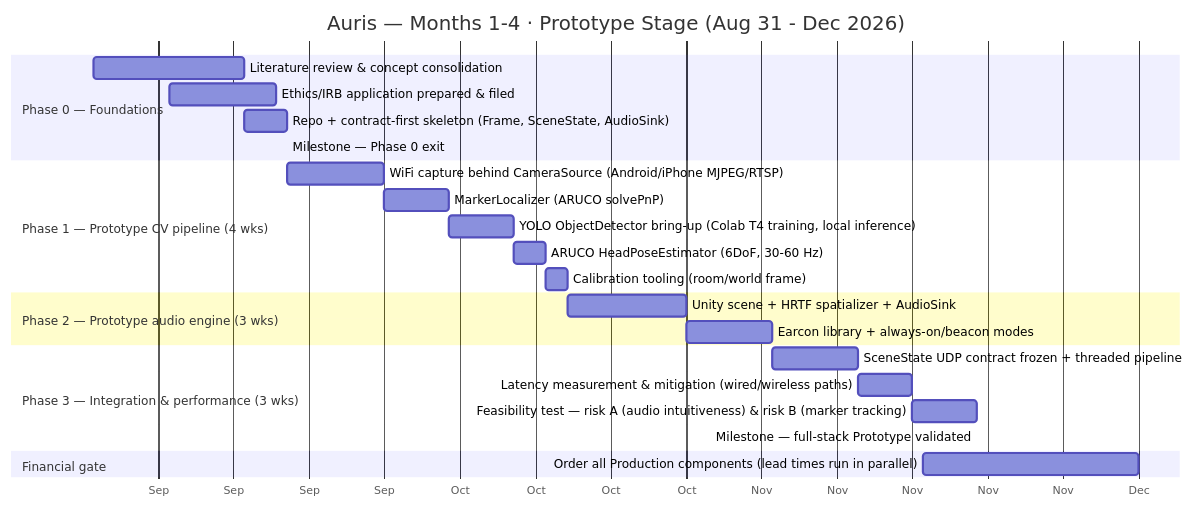
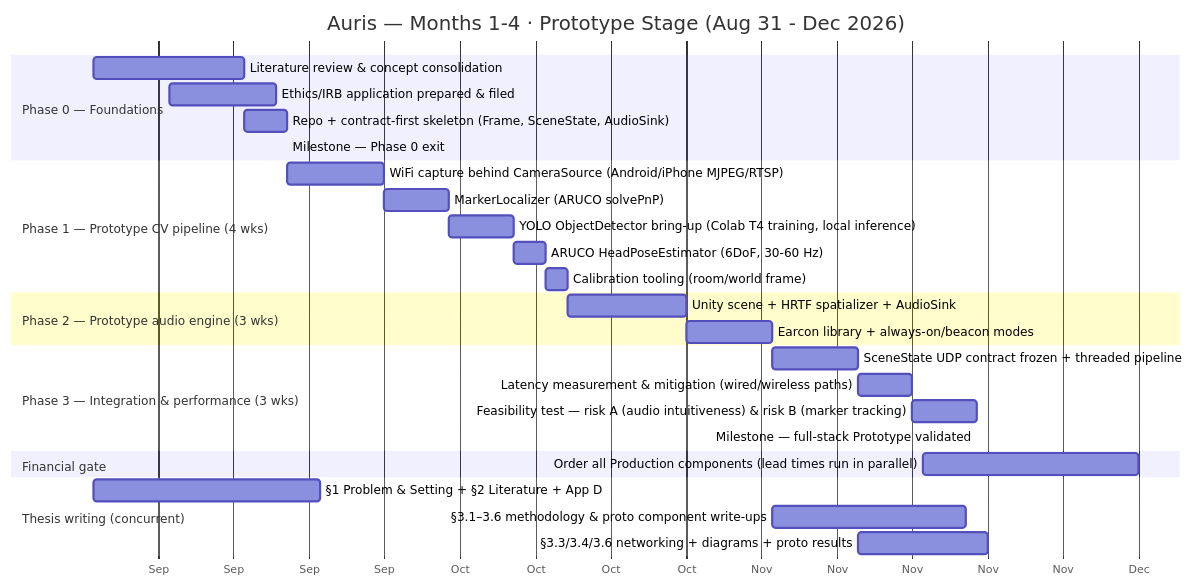
One commit to pewpil/auris changed the diagram in docs/phases-gantt-m1-m4-prototype.md. Above: the diagram before and after it, drawn with Mermaid. The commit also changed 6 other files, not shown here.

````diff
--- a/docs/phases-gantt-m1-m4-prototype.md
+++ b/docs/phases-gantt-m1-m4-prototype.md
@@ -5,32 +5,37 @@
 ```mermaid
 gantt
     title Auris — Months 1-4 · Prototype Stage (Aug 31 - Dec 2026)
     dateFormat YYYY-MM-DD
     axisFormat %b
 
     section Phase 0 — Foundations
     Literature review & concept consolidation                 :p0, 2026-08-31, 14d
     Ethics/IRB application prepared & filed                   :eth, 2026-09-07, 10d
     Repo + contract-first skeleton (Frame, SceneState, AudioSink) :p0b, after p0, 4d
     Milestone — Phase 0 exit                                  :m0, after p0b, 0d
 
     section Phase 1 — Prototype CV pipeline (4 wks)
     WiFi capture behind CameraSource (Android/iPhone MJPEG/RTSP) :p1a, after m0, 9d
     MarkerLocalizer (ARUCO solvePnP)                          :p1b, after p1a, 6d
     YOLO ObjectDetector bring-up (Colab T4 training, local inference) :p1c, after p1b, 6d
     ARUCO HeadPoseEstimator (6DoF, 30-60 Hz)                  :p1d, after p1c, 3d
     Calibration tooling (room/world frame)                    :p1e, after p1d, 2d
 
     section Phase 2 — Prototype audio engine (3 wks)
     Unity scene + HRTF spatializer + AudioSink                :p2a, after p1e, 11d
     Earcon library + always-on/beacon modes                   :p2b, after p2a, 8d
 
     section Phase 3 — Integration & performance (3 wks)
     SceneState UDP contract frozen + threaded pipeline        :p3a, after p2b, 8d
     Latency measurement & mitigation (wired/wireless paths)   :p3b, after p3a, 5d
     Feasibility test — risk A (audio intuitiveness) & risk B (marker tracking) :p3c, after p3b, 6d
     Milestone — full-stack Prototype validated                :m1, after p3c, 0d
 
     section Financial gate
     Order all Production components (lead times run in parallel) :gate, 2026-11-16, 20d
+
+    section Thesis writing (concurrent)
+    §1 Problem & Setting + §2 Literature + App D      :t0, 2026-08-31, 21d
+    §3.1–3.6 methodology & proto component write-ups   :t1, after p2b, 18d
+    §3.3/3.4/3.6 networking + diagrams + proto results  :t2, after p3a, 12d
 ```
````
